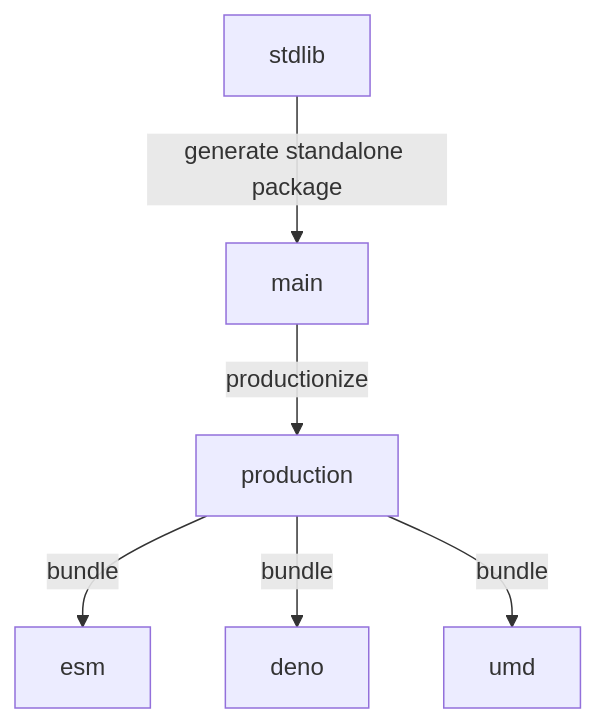
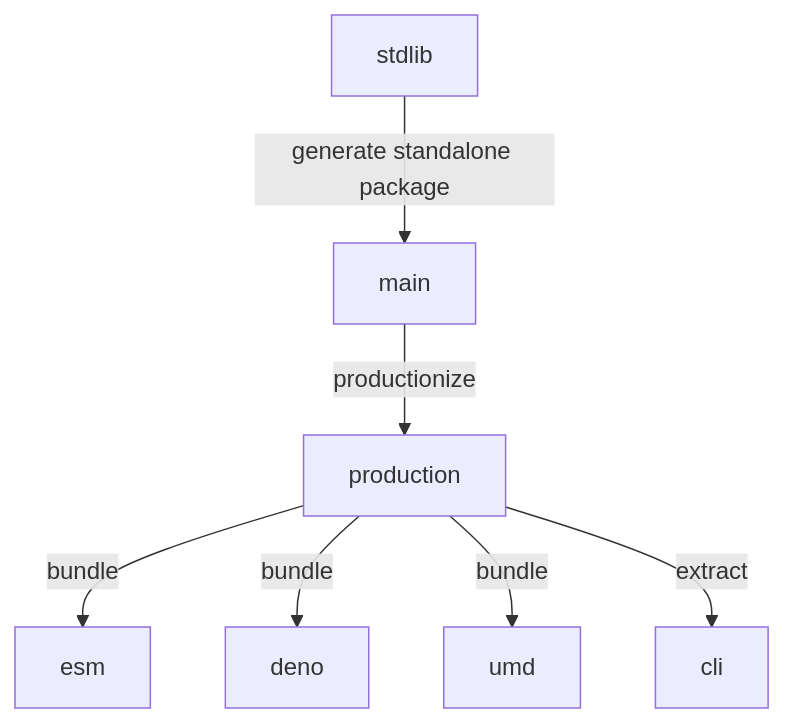
The diagram in branches.md (stdlib-js/random-streams-gamma), drawn with Mermaid before and after one commit. The commit also changed other lines of this file and 11 other files, not shown here.

````diff
--- a/branches.md
+++ b/branches.md
@@ -33,15 +34,17 @@
 ```mermaid
 graph TD;
 A[stdlib]-->|generate standalone package|B;
 B[main] -->|productionize| C[production];
 C -->|bundle| D[esm];
 C -->|bundle| E[deno];
 C -->|bundle| F[umd];
+C -->|extract| G[cli];
 
-click A href "https://github.com/stdlib-js/stdlib/tree/develop/lib/node_modules/%40stdlib/random/streams/gamma"
-click B href "https://github.com/stdlib-js/random-streams-gamma/tree/main"
-click C href "https://github.com/stdlib-js/random-streams-gamma/tree/production"
-click D href "https://github.com/stdlib-js/random-streams-gamma/tree/esm"
-click E href "https://github.com/stdlib-js/random-streams-gamma/tree/deno"
-click F href "https://github.com/stdlib-js/random-streams-gamma/tree/umd"
+%% click A href "https://github.com/stdlib-js/stdlib/tree/develop/lib/node_modules/%40stdlib/random/streams/gamma"
+%% click B href "https://github.com/stdlib-js/random-streams-gamma/tree/main"
+%% click C href "https://github.com/stdlib-js/random-streams-gamma/tree/production"
+%% click D href "https://github.com/stdlib-js/random-streams-gamma/tree/esm"
+%% click E href "https://github.com/stdlib-js/random-streams-gamma/tree/deno"
+%% click F href "https://github.com/stdlib-js/random-streams-gamma/tree/umd"
+%% click G href "https://github.com/stdlib-js/random-streams-gamma/tree/cli"
 ```
````
